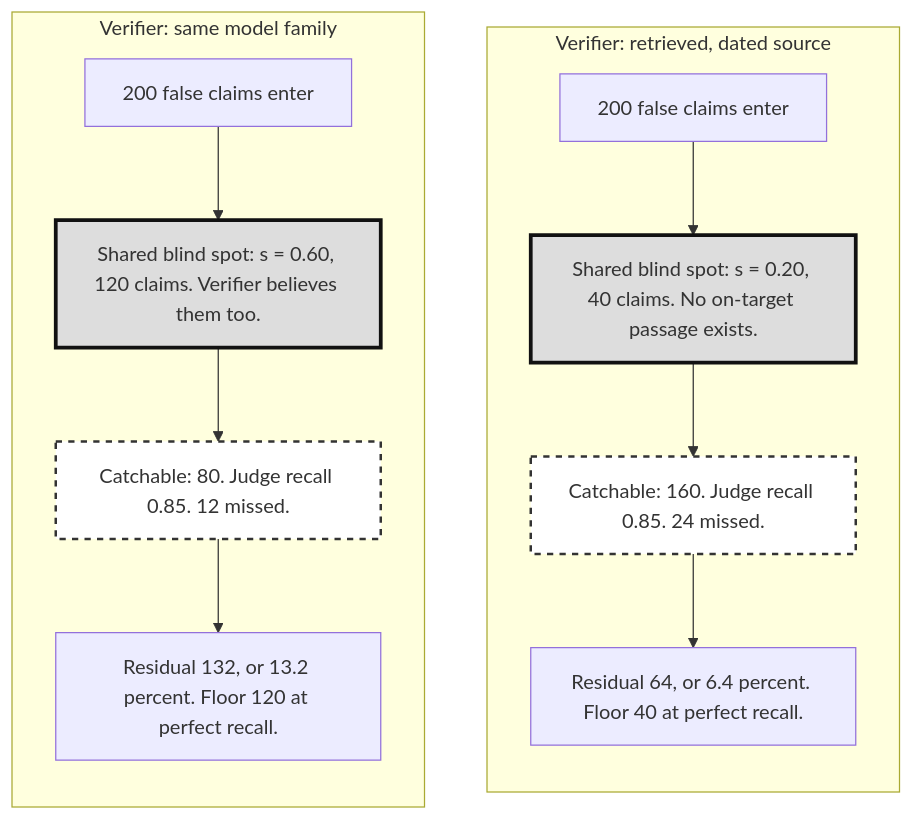
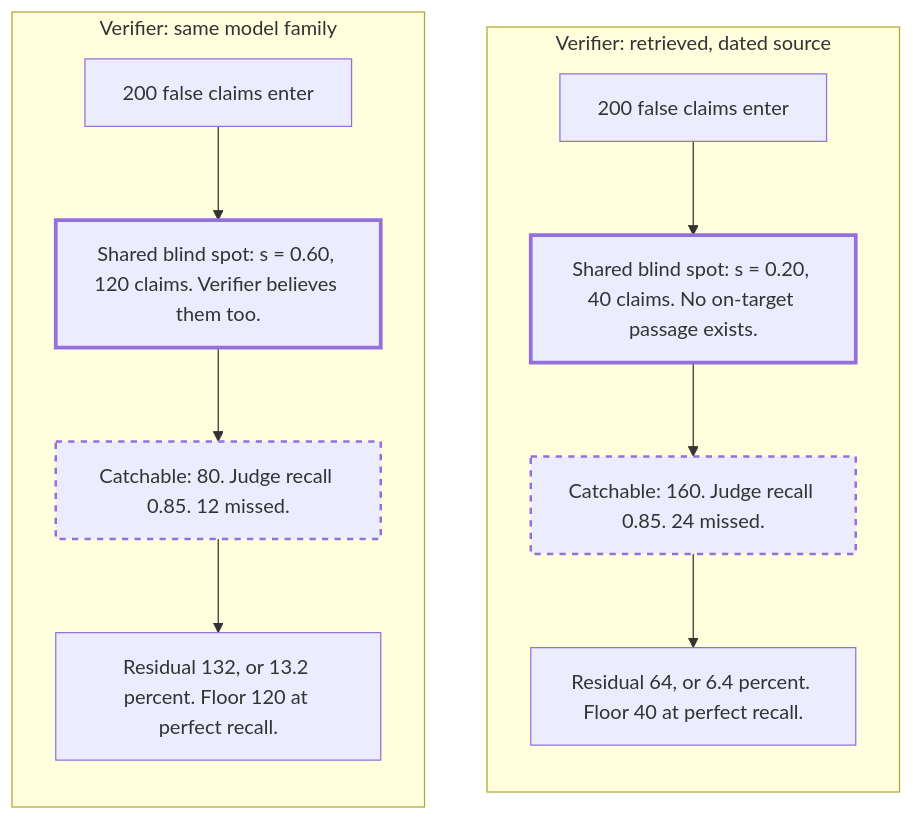
The third of 3 diagrams in chapters/04_what_the_llm_brings_and_what_it_breaks.md (arunshar/rag-interview-chapters), drawn with Mermaid before and after one commit. The commit also changed other lines of this file and 14 other files, not shown here.

Commit message:
Fix Mermaid contrast across GitHub themes

````diff
--- a/chapters/04_what_the_llm_brings_and_what_it_breaks.md
+++ b/chapters/04_what_the_llm_brings_and_what_it_breaks.md
@@ -654,20 +654,20 @@
 ```mermaid
 flowchart LR
     subgraph SAME["Verifier: same model family"]
         direction TB
         A1["200 false claims enter"] --> B1["Shared blind spot: s = 0.60, 120 claims. Verifier believes them too."]
         B1 --> C1["Catchable: 80. Judge recall 0.85. 12 missed."]
         C1 --> D1["Residual 132, or 13.2 percent. Floor 120 at perfect recall."]
     end
     subgraph SOURCE["Verifier: retrieved, dated source"]
         direction TB
         A2["200 false claims enter"] --> B2["Shared blind spot: s = 0.20, 40 claims. No on-target passage exists."]
         B2 --> C2["Catchable: 160. Judge recall 0.85. 24 missed."]
         C2 --> D2["Residual 64, or 6.4 percent. Floor 40 at perfect recall."]
     end
     SAME ~~~ SOURCE
-    classDef blind fill:#dddddd,stroke:#111111,stroke-width:3px
-    classDef catchable fill:#ffffff,stroke:#333333,stroke-width:2px,stroke-dasharray:5 5
+    classDef blind stroke-width:3px
+    classDef catchable stroke-width:2px,stroke-dasharray:5 5
     class B1,B2 blind
     class C1,C2 catchable
 ```
````
